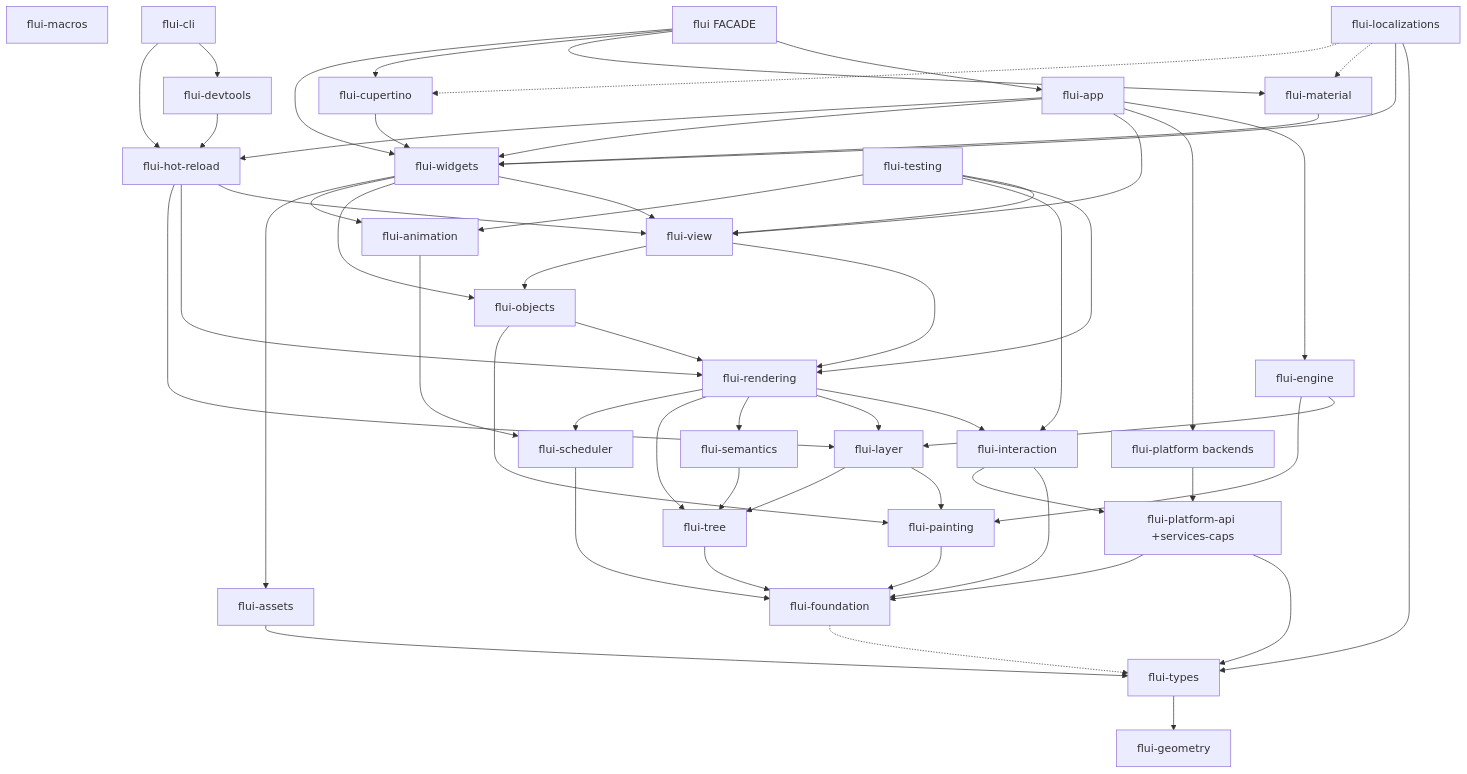
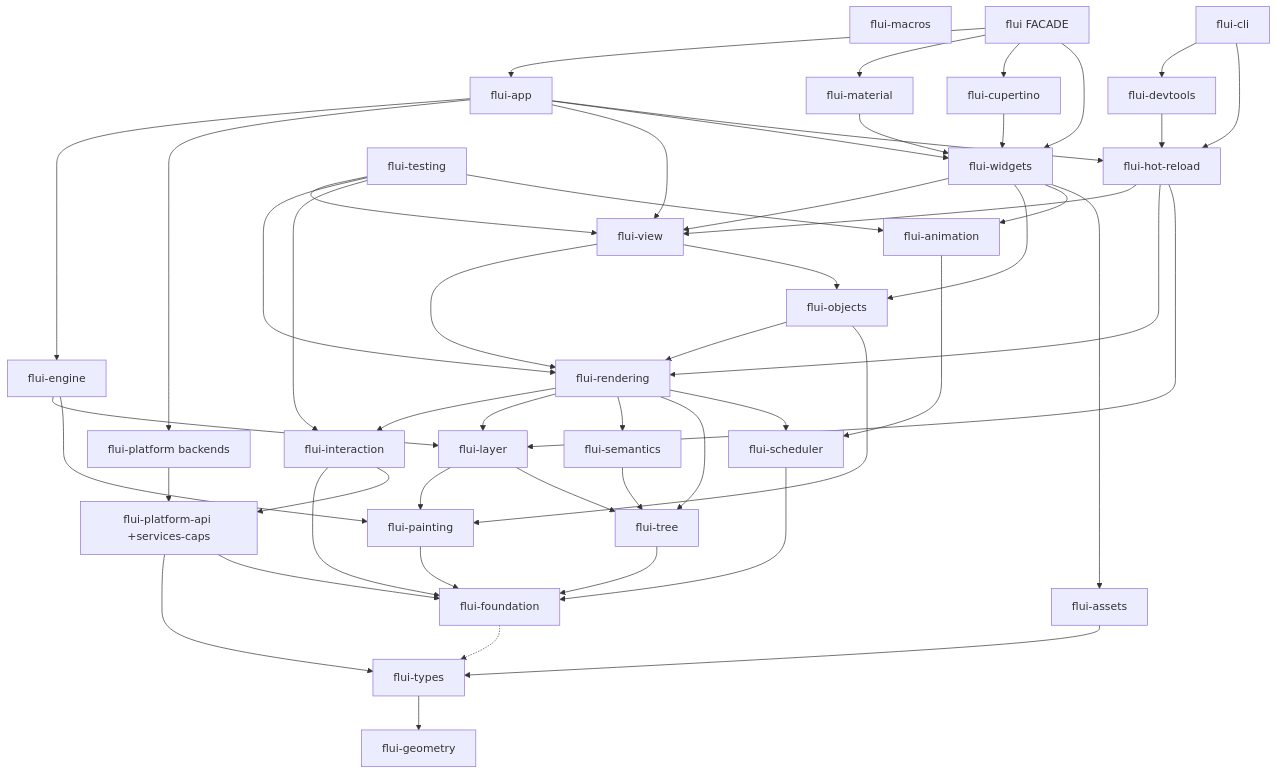
The diagram in docs/FOUNDATIONS.md (vanyastaff/flui), drawn with Mermaid before and after one commit. The commit also changed other lines of this file and 14 other files, not shown here.

First line of the commit message:
docs: flui-localizations is deleted

```diff
--- a/docs/FOUNDATIONS.md
+++ b/docs/FOUNDATIONS.md
@@ -186,7 +186,6 @@
     hotreload[flui-hot-reload]
     widgets[flui-widgets]
     testing[flui-testing]
-    l10n[flui-localizations]
     material[flui-material]
     cupertino[flui-cupertino]
     app[flui-app]
@@ -231,10 +230,6 @@
     hotreload --> layer
     material --> widgets
     cupertino --> widgets
-    l10n --> types
-    l10n --> widgets
-    l10n -.-> material
-    l10n -.-> cupertino
     app --> engine
     app --> platform
     app --> view
```
